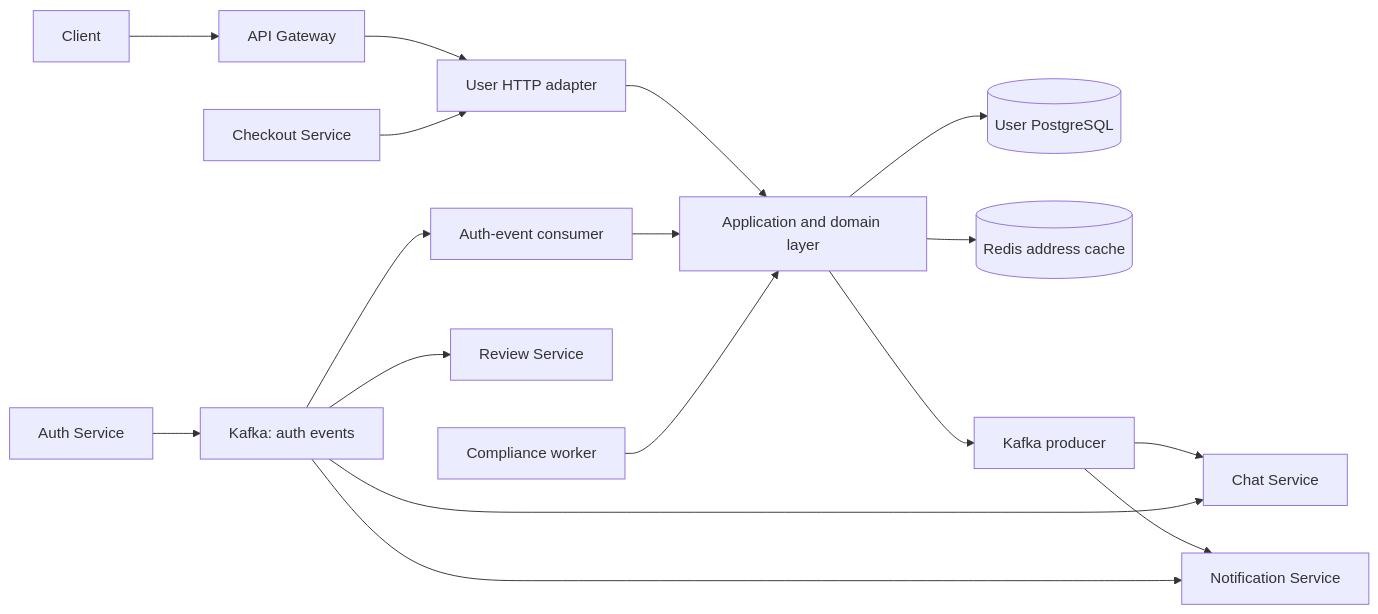
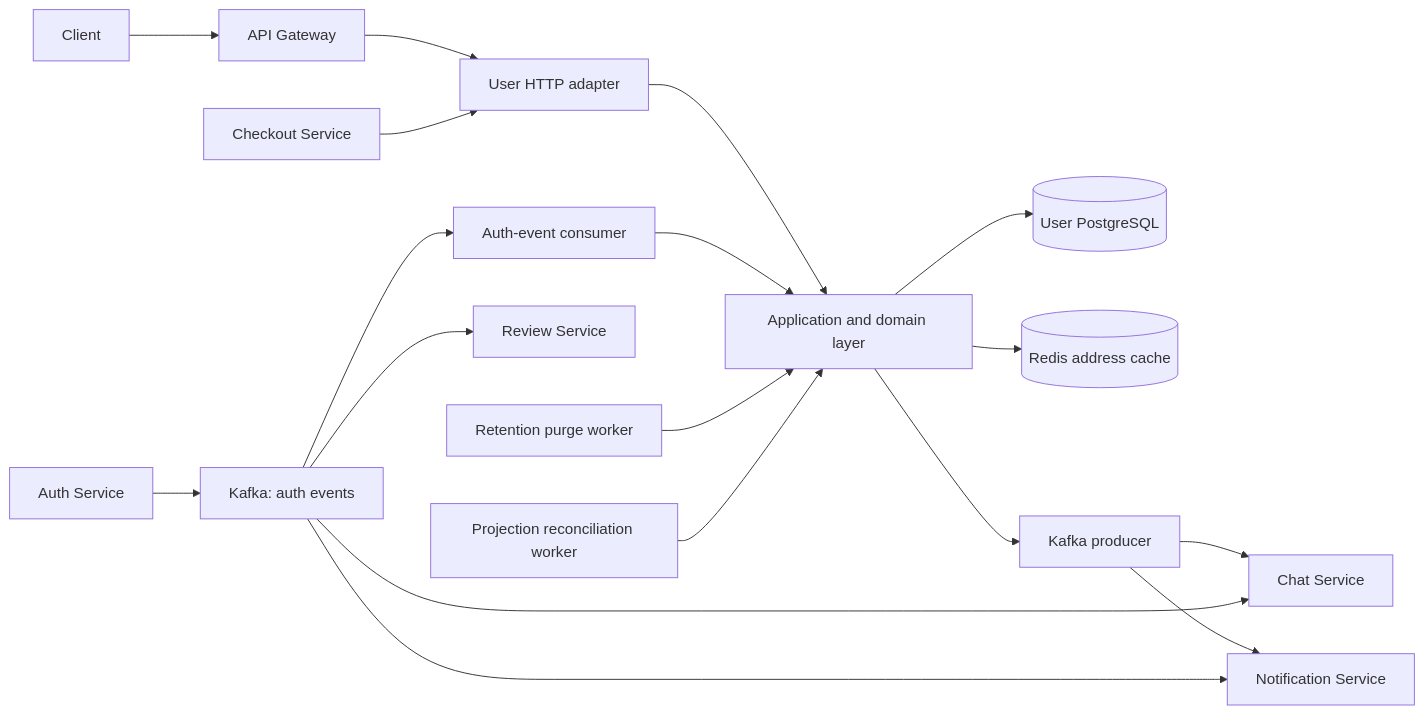
Before and after one commit to quangdung2110/e-commerce-microservices: the diagram in docs/user/architecture.md, drawn with Mermaid. The commit also changed other lines of this file and 5 other files, not shown here.

````diff
--- a/docs/user/architecture.md
+++ b/docs/user/architecture.md
@@ -25,19 +25,20 @@
 ```mermaid
 flowchart LR
   C[Client] --> G[API Gateway]
   G --> H[User HTTP adapter]
   CO[Checkout Service] --> H
   H --> A[Application and domain layer]
   A --> P[(User PostgreSQL)]
   A --> R[(Redis address cache)]
   A --> K[Kafka producer]
   K --> CH[Chat Service]
   K --> N[Notification Service]
   AU[Auth Service] --> KA[Kafka: auth events]
   KA --> EC[Auth-event consumer]
   KA --> CH
   KA --> N
   KA --> RV[Review Service]
   EC --> A
-  W[Compliance worker] --> A
+  W[Retention purge worker] --> A
+  RC[Projection reconciliation worker] --> A
 ```
````
